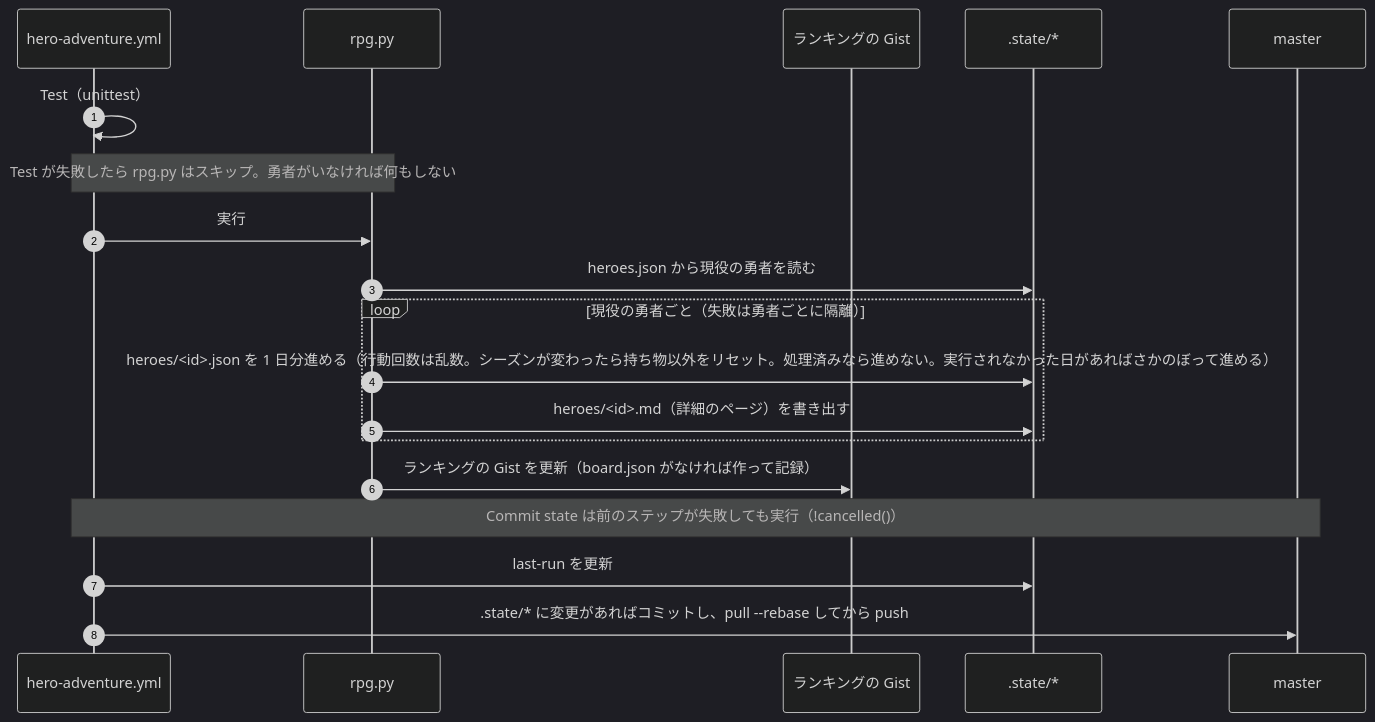
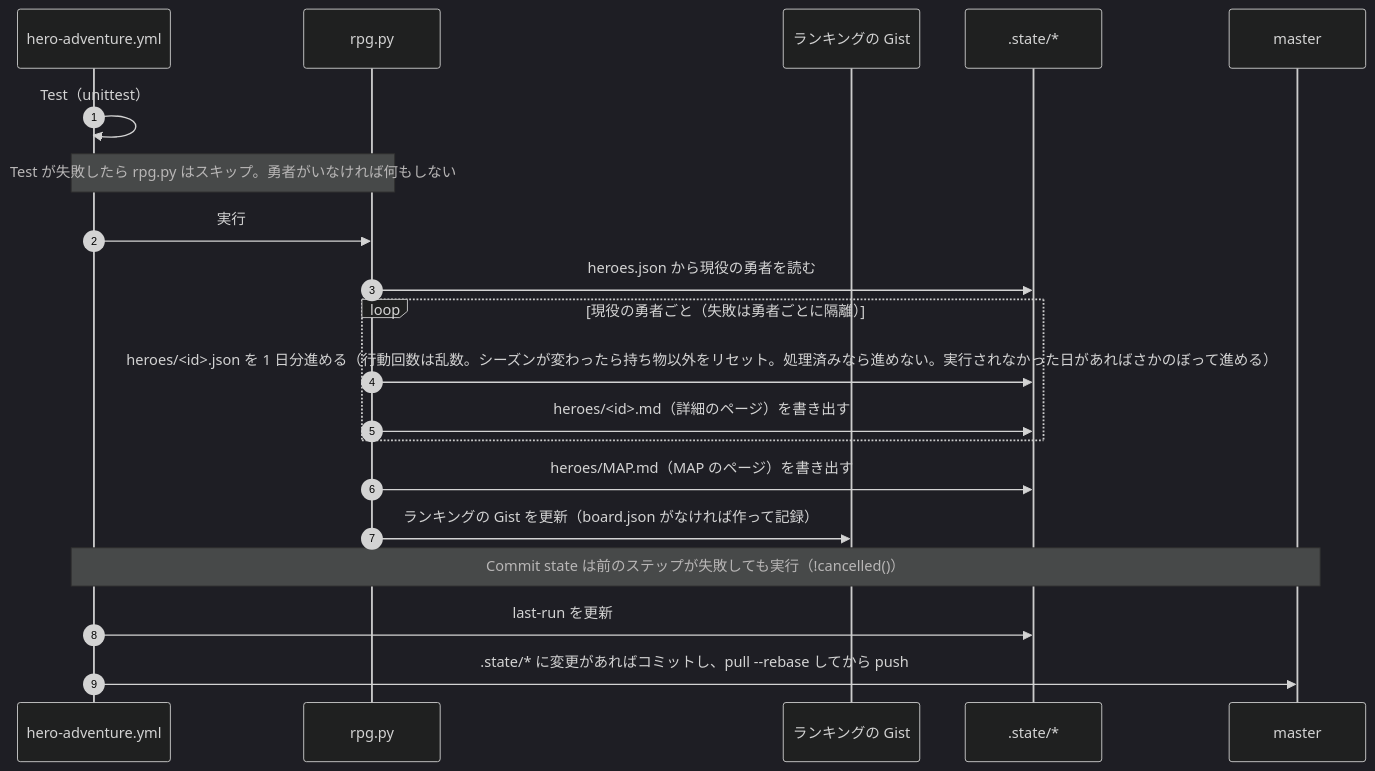
The second of 3 diagrams in docs/DATA_FLOW.md (ot-nemoto/cryepis), drawn with Mermaid (dark theme) before and after one commit. The commit also changed other lines of this file and 8 other files, not shown here.

First line of the commit message:
feat: 世界の MAP を約 5 倍に広げ、Mermaid の MAP のページを書き出す

````diff
--- a/docs/DATA_FLOW.md
+++ b/docs/DATA_FLOW.md
@@ -71,22 +72,23 @@
 ```mermaid
 sequenceDiagram
     autonumber
     participant WF as hero-adventure.yml
     participant RP as rpg.py
     participant G as ランキングの Gist
     participant S as .state/*
     participant M as master
 
     WF->>WF: Test（unittest）
     Note over WF,RP: Test が失敗したら rpg.py はスキップ。勇者がいなければ何もしない
     WF->>RP: 実行
     RP->>S: heroes.json から現役の勇者を読む
     loop 現役の勇者ごと（失敗は勇者ごとに隔離）
         RP->>S: heroes/<id>.json を 1 日分進める（行動回数は乱数。シーズンが変わったら持ち物以外をリセット。処理済みなら進めない。実行されなかった日があればさかのぼって進める）
         RP->>S: heroes/<id>.md（詳細のページ）を書き出す
     end
+    RP->>S: heroes/MAP.md（MAP のページ）を書き出す
     RP->>G: ランキングの Gist を更新（board.json がなければ作って記録）
     Note over WF,M: Commit state は前のステップが失敗しても実行（!cancelled()）
     WF->>S: last-run を更新
     WF->>M: .state/* に変更があればコミットし、pull --rebase してから push
 ```
````
